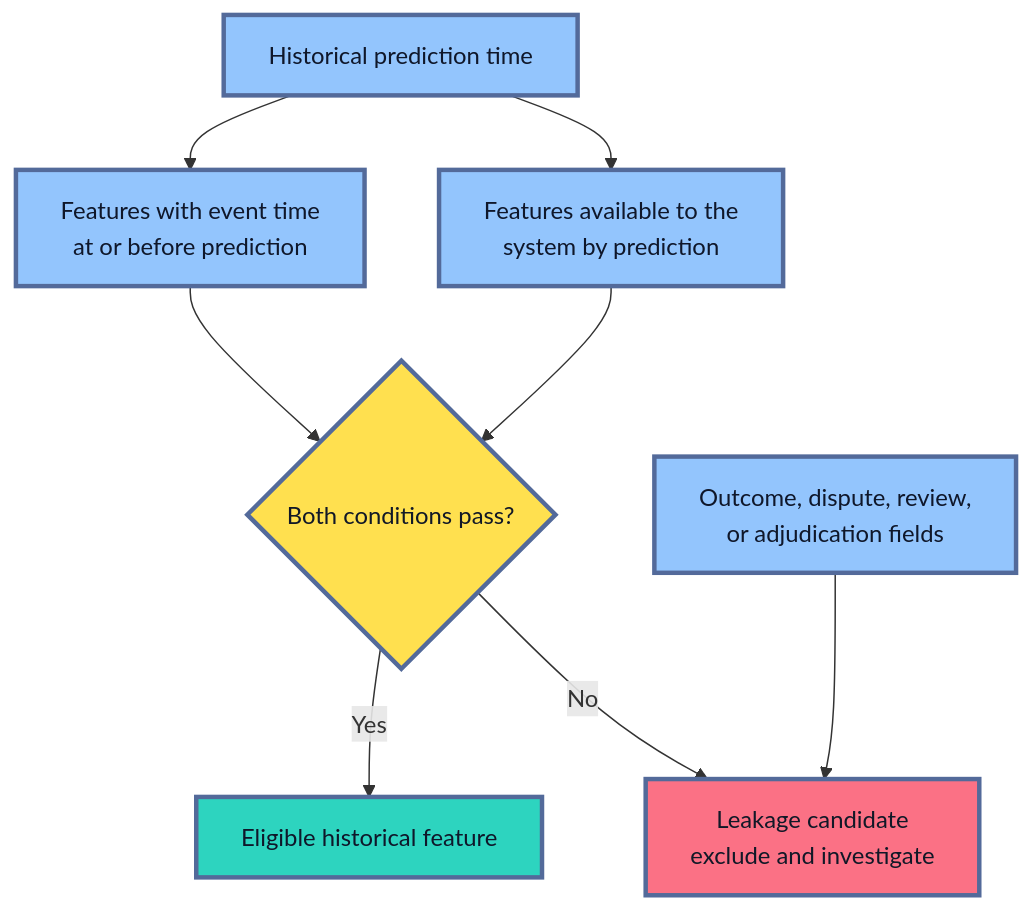
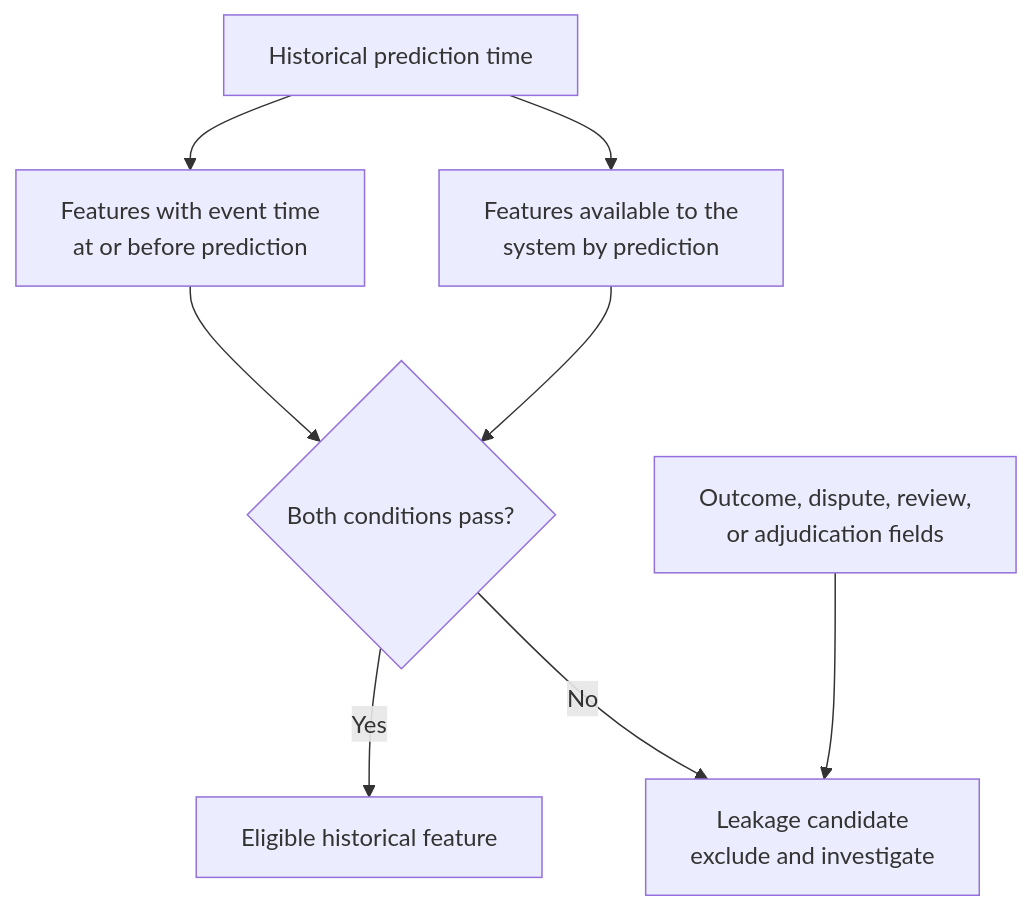
One commit to senlinyy/dev-roadmaps changed the fourth of 6 diagrams in roadmaps/mlops/modules/data-for-ml-systems/data-quality/02-schema-checks-missing-values-bad-labels.md. Above: the diagram before and after it, drawn with Mermaid. The commit also changed other lines of this file and 152 other files, not shown here.

Commit message:
feat: mlops and diagrams updated

````diff
--- a/roadmaps/mlops/modules/data-for-ml-systems/data-quality/02-schema-checks-missing-values-bad-labels.md
+++ b/roadmaps/mlops/modules/data-for-ml-systems/data-quality/02-schema-checks-missing-values-bad-labels.md
@@ -400,19 +388,15 @@
 ```mermaid
 flowchart TD
     A["Historical prediction time"] --> B["Features with event time<br/>at or before prediction"]
     A --> C["Features available to the<br/>system by prediction"]
     B --> D{"Both conditions pass?"}
     C --> D
     D -->|"Yes"| E["Eligible historical feature"]
     D -->|"No"| F["Leakage candidate<br/>exclude and investigate"]
     G["Outcome, dispute, review,<br/>or adjudication fields"] --> F
 
-    classDef time fill:#93C5FD,stroke:#536A9A,stroke-width:3px,color:#0F172A
-    classDef gate fill:#FFE04F,stroke:#536A9A,stroke-width:3px,color:#111827
-    classDef safe fill:#2DD4BF,stroke:#536A9A,stroke-width:3px,color:#0F172A
-    classDef leak fill:#FB7185,stroke:#536A9A,stroke-width:3px,color:#111827
     class A,B,C,G time
     class D gate
     class E safe
     class F leak
 ```
````
